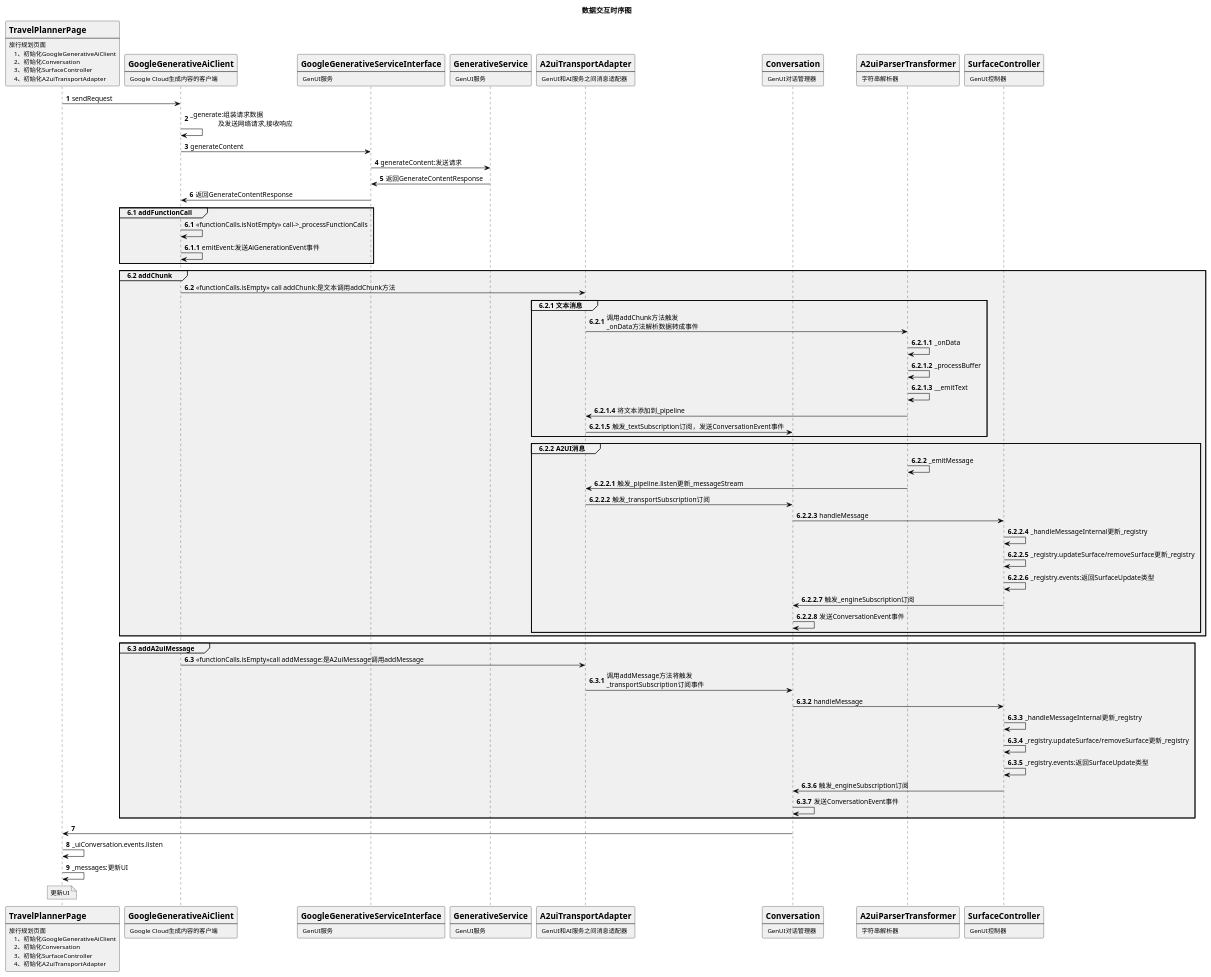
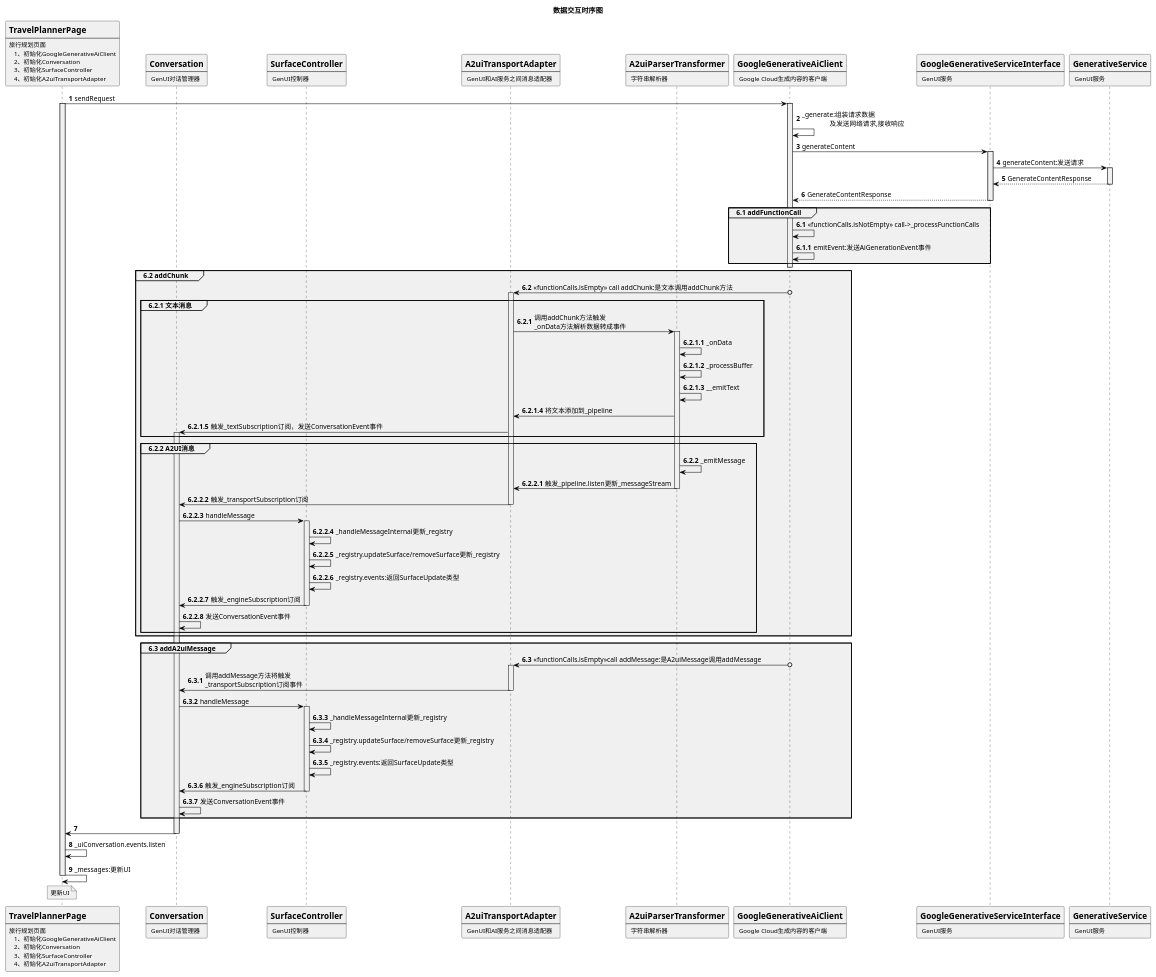
One commit to peihua8858/genui changed the first of 2 diagrams in examples/travel_app/数据交互时序图.puml. Above: the diagram before and after it, drawn with PlantUML. The commit also changed other lines of this file and 18 other files, not shown here.

Commit message:
1、修改时序图 2、修复网络请求未完全返回时暂停UI交互

```diff
--- a/examples/travel_app/数据交互时序图.puml
+++ b/examples/travel_app/数据交互时序图.puml
@@ -1,157 +1,174 @@
 @startuml
 '数据交互时序图'
 'https://plantuml.com/sequence-diagram
 <style>
 element {
   BackGroundColor: #f0f0f0
 }
  sequenceDiagram {
     participant {
       FontColor: #000;
       FontSize: 12;
       FontStyle: normal;
       LineColor: #000;
       HorizontalAlignment: left;
     }
     note {
       FontColor: #000;
       FontSize: 12;
       FontStyle: normal;
     }
     arrow {
       FontColor: black;
       LineColor: black;
     }
   }
 </style>
 title 数据交互时序图
 skinparam sequenceMessageAlign left
 skinparam sequence right
 participant Page [
     = TravelPlannerPage
     ----
     旅行规划页面
        1、初始化GoogleGenerativeAiClient
        2、初始化Conversation
        3、初始化SurfaceController
        4、初始化A2uiTransportAdapter
 ]
+participant Conversation [
+    =Conversation
+    ----
+     GenUI对话管理器
+]
+participant Controller [
+    =SurfaceController
+    ----
+     GenUI控制器
+]
+
+participant Adapter [
+    =A2uiTransportAdapter
+    ----
+     GenUI和AI服务之间消息适配器
+]
+participant Parser [
+    =A2uiParserTransformer
+    ----
+     字符串解析器
+]
 participant Client [
     = GoogleGenerativeAiClient
     ----
      Google Cloud生成内容的客户端
 ]
 participant GenerativeServiceInterface [
     = GoogleGenerativeServiceInterface
     ----
      GenUI服务
 ]
 participant GenerativeService [
     = GenerativeService
     ----
      GenUI服务
 ]
-participant Adapter [
-    =A2uiTransportAdapter
-    ----
-     GenUI和AI服务之间消息适配器
-]
-participant Conversation [
-    =Conversation
-    ----
-     GenUI对话管理器
-]
-participant Parser [
-    =A2uiParserTransformer
-    ----
-     字符串解析器
-]
-participant Controller [
-    =SurfaceController
-    ----
-     GenUI控制器
-]
 
 autonumber 1
 Page -> Client: sendRequest
+activate Page
+activate Client
 autonumber 2
 Client ->Client:_generate:组装请求数据\n\t\t及发送网络请求,接收响应
 autonumber 3
-Client -> GenerativeServiceInterface: generateContent
+Client -> GenerativeServiceInterface++: generateContent
 autonumber 4
-GenerativeServiceInterface -> GenerativeService:generateContent:发送请求
-autonumber 5
-GenerativeService -> GenerativeServiceInterface:返回GenerateContentResponse
+GenerativeServiceInterface -> GenerativeService++:generateContent:发送请求
+return GenerateContentResponse
+return GenerateContentResponse
 autonumber 6
-GenerativeServiceInterface -> Client:返回GenerateContentResponse
 group 6.1 addFunctionCall
     autonumber 6.1
     Client ->Client:<<functionCalls.isNotEmpty>> call->_processFunctionCalls
     autonumber 6.1.1
     Client ->Client :emitEvent:发送AiGenerationEvent事件
 end
+deactivate Client
 group 6.2 addChunk
     autonumber 6.2
-    Client ->Adapter :<<functionCalls.isEmpty>> call addChunk:是文本调用addChunk方法
+    Client o-> Adapter :<<functionCalls.isEmpty>> call addChunk:是文本调用addChunk方法
+    activate Adapter
     group 6.2.1 文本消息
         autonumber 6.2.1
         Adapter->Parser:调用addChunk方法触发\n_onData方法解析数据转成事件
+        activate Parser
         autonumber 6.2.1.1
         Parser->Parser:_onData
         autonumber 6.2.1.2
         Parser->Parser:_processBuffer
         autonumber 6.2.1.3
         Parser->Parser:__emitText
         autonumber 6.2.1.4
         Parser -> Adapter:将文本添加到_pipeline
         autonumber 6.2.1.5
         Adapter -> Conversation:触发_textSubscription订阅，发送ConversationEvent事件
+         activate Conversation
     end
     group 6.2.2 A2UI消息
         autonumber 6.2.2
         Parser->Parser:_emitMessage
         autonumber 6.2.2.1
         Parser ->Adapter:触发_pipeline.listen更新_messageStream
+        deactivate Parser
         autonumber 6.2.2.2
         Adapter -> Conversation:触发_transportSubscription订阅
+        deactivate Adapter
         autonumber 6.2.2.3
         Conversation-> Controller:handleMessage
+        activate Controller
         autonumber 6.2.2.4
         Controller -> Controller:_handleMessageInternal更新_registry
         autonumber 6.2.2.5
         Controller -> Controller:_registry.updateSurface/removeSurface更新_registry
         autonumber 6.2.2.6
         Controller -> Controller:_registry.events:返回SurfaceUpdate类型
         autonumber 6.2.2.7
         Controller -> Conversation:触发_engineSubscription订阅
+        deactivate Controller
         autonumber 6.2.2.8
         Conversation -> Conversation:发送ConversationEvent事件
+
     end
 end
 group 6.3 addA2uiMessage
     autonumber 6.3
-    Client ->Adapter :<<functionCalls.isEmpty>>call addMessage:是A2uiMessage调用addMessage
+    Client o->Adapter :<<functionCalls.isEmpty>>call addMessage:是A2uiMessage调用addMessage
+    activate Adapter
     autonumber 6.3.1
     Adapter->Conversation:调用addMessage方法将触发\n_transportSubscription订阅事件
+    deactivate Adapter
     autonumber 6.3.2
     Conversation->Controller:handleMessage
+    activate Controller
     autonumber 6.3.3
     Controller->Controller:_handleMessageInternal更新_registry
     autonumber 6.3.4
     Controller -> Controller:_registry.updateSurface/removeSurface更新_registry
     autonumber 6.3.5
     Controller -> Controller:_registry.events:返回SurfaceUpdate类型
     autonumber 6.3.6
     Controller -> Conversation:触发_engineSubscription订阅
+    deactivate Controller
     autonumber 6.3.7
     Conversation -> Conversation:发送ConversationEvent事件
+
 end
 autonumber 7
 Conversation-> Page
+deactivate Conversation
 autonumber 8
 Page -> Page:_uiConversation.events.listen
 autonumber 9
 Page -> Page:_messages:更新UI
 note over Page :更新UI
-
+deactivate Page
 @enduml
```
